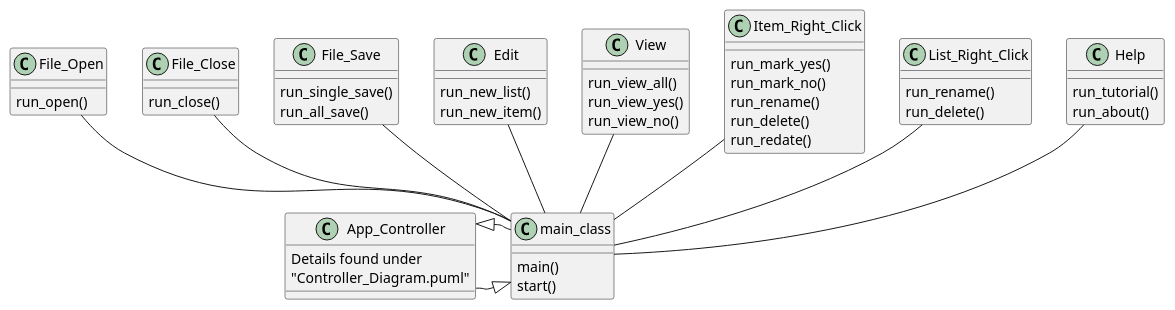
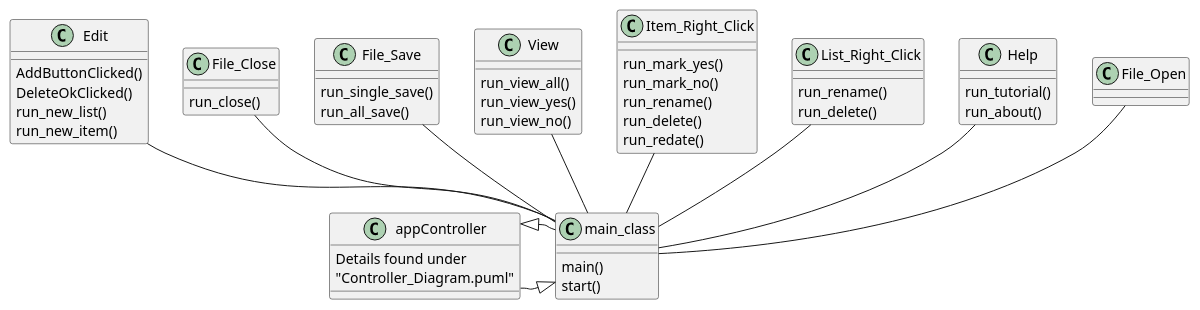
One commit to reyfundora/fundora-cop3330-assignment4part2 changed the diagram in uml/Main_Diagram.puml. Above: the diagram before and after it, drawn with PlantUML. The commit also changed 7 other files, not shown here.

```diff
--- a/uml/Main_Diagram.puml
+++ b/uml/Main_Diagram.puml
@@ -1,71 +1,72 @@
 @startuml
 'https://plantuml.com/sequence-diagram
 
-class App_Controller {
+class appController {
 Details found under
 "Controller_Diagram.puml"
 }
 
-class File_Open {
-run_open()
+class Edit {
+AddButtonClicked()
+DeleteOkClicked()
 }
 
 class File_Close {
 run_close()
 }
 
 class File_Save {
 run_single_save()
 run_all_save()
 }
 
 class Edit {
 run_new_list()
 run_new_item()
 }
 
 class View {
 run_view_all()
 run_view_yes()
 run_view_no()
 }
 
 class Item_Right_Click {
 run_mark_yes()
 run_mark_no()
 run_rename()
 run_delete()
 run_redate()
 }
 
 class List_Right_Click {
 run_rename()
 run_delete()
 }
 class Help {
 run_tutorial()
 run_about()
 }
 
 class main_class {
 main()
 start()
 }
 
 
 
-App_Controller -|> main_class
-App_Controller <|- main_class
+appController -|> main_class
+appController <|- main_class
 
 Edit -- main_class
 File_Close -- main_class
 File_Save -- main_class
 File_Open -- main_class
 Item_Right_Click -- main_class
 List_Right_Click -- main_class
 Help -- main_class
 View -- main_class
 
 
 
 @enduml
```
